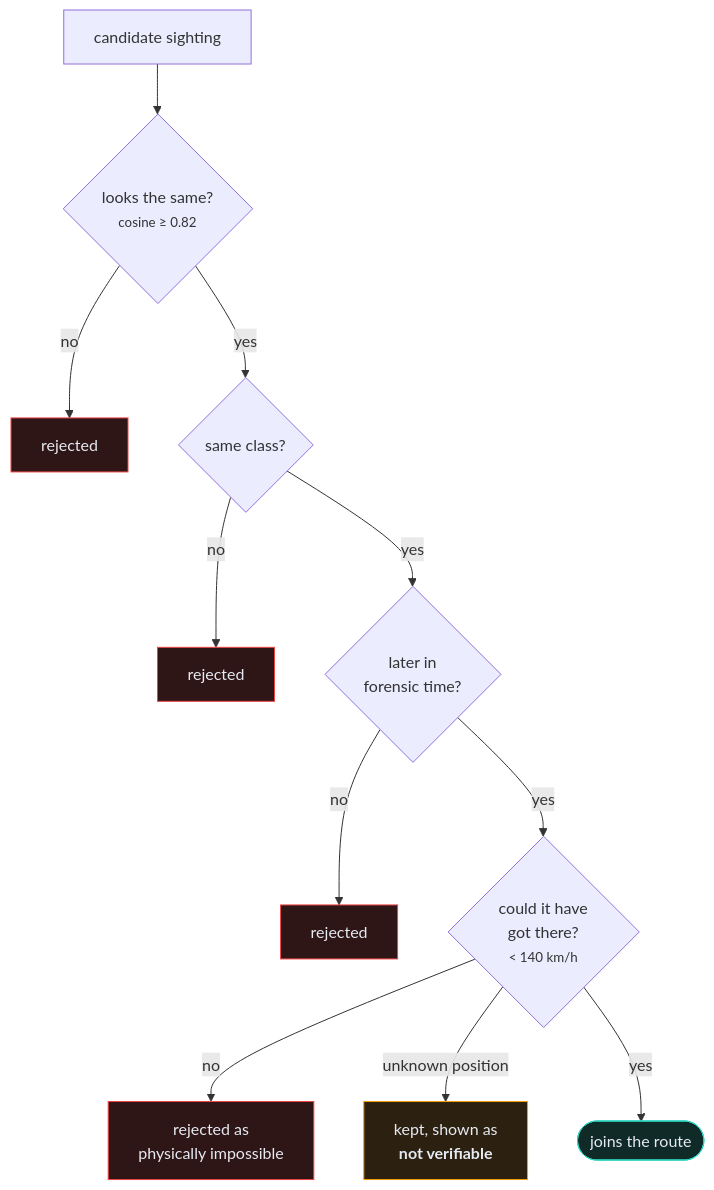
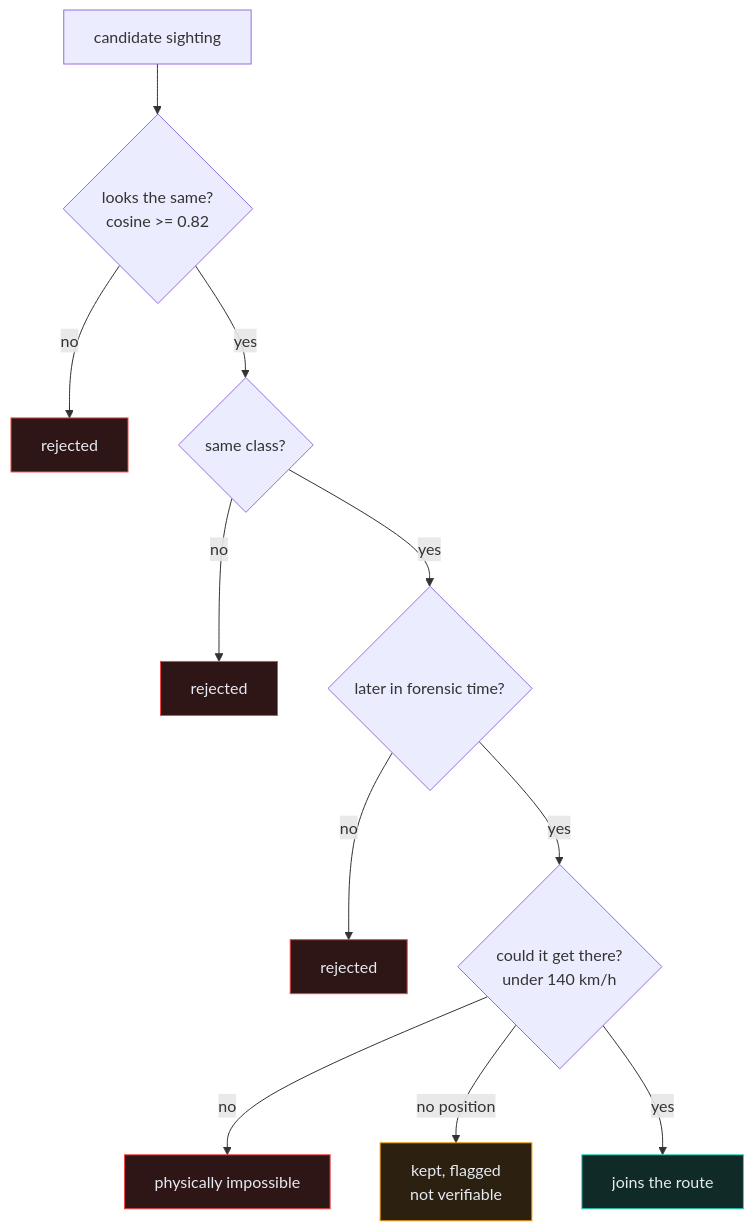
The fourth of 5 diagrams in README.md (Het161/DrishtiNet), drawn with Mermaid before and after one commit. The commit also changed other lines of this file, not shown here.

First line of the commit message:
Rewrite the diagrams to survive GitHub's renderer

````diff
--- a/README.md
+++ b/README.md
@@ -232,19 +243,19 @@
 ```mermaid
 flowchart TD
-    S["candidate sighting"] --> A{"looks the same?<br/><small>cosine ≥ 0.82</small>"}
+    S["candidate sighting"] --> A{"looks the same?<br/>cosine >= 0.82"}
     A -->|no| X1["rejected"]
     A -->|yes| B{"same class?"}
     B -->|no| X2["rejected"]
-    B -->|yes| C{"later in<br/>forensic time?"}
+    B -->|yes| C{"later in forensic time?"}
     C -->|no| X3["rejected"]
-    C -->|yes| D{"could it have<br/>got there?<br/><small>< 140 km/h</small>"}
-    D -->|no| X4["rejected as<br/>physically impossible"]
-    D -->|unknown position| U["kept, shown as<br/><b>not verifiable</b>"]
-    D -->|yes| OK(["joins the route"])
+    C -->|yes| D{"could it get there?<br/>under 140 km/h"}
+    D -->|no| X4["physically impossible"]
+    D -->|no position| U["kept, flagged<br/>not verifiable"]
+    D -->|yes| OK["joins the route"]
     classDef ok fill:#102A28,stroke:#2DD4BF,color:#E6EAF2
     classDef no fill:#2E1516,stroke:#EF4444,color:#E6EAF2
     classDef warn fill:#2C2110,stroke:#F59E0B,color:#E6EAF2
     class OK ok
     class X1,X2,X3,X4 no
     class U warn
 ```
````
